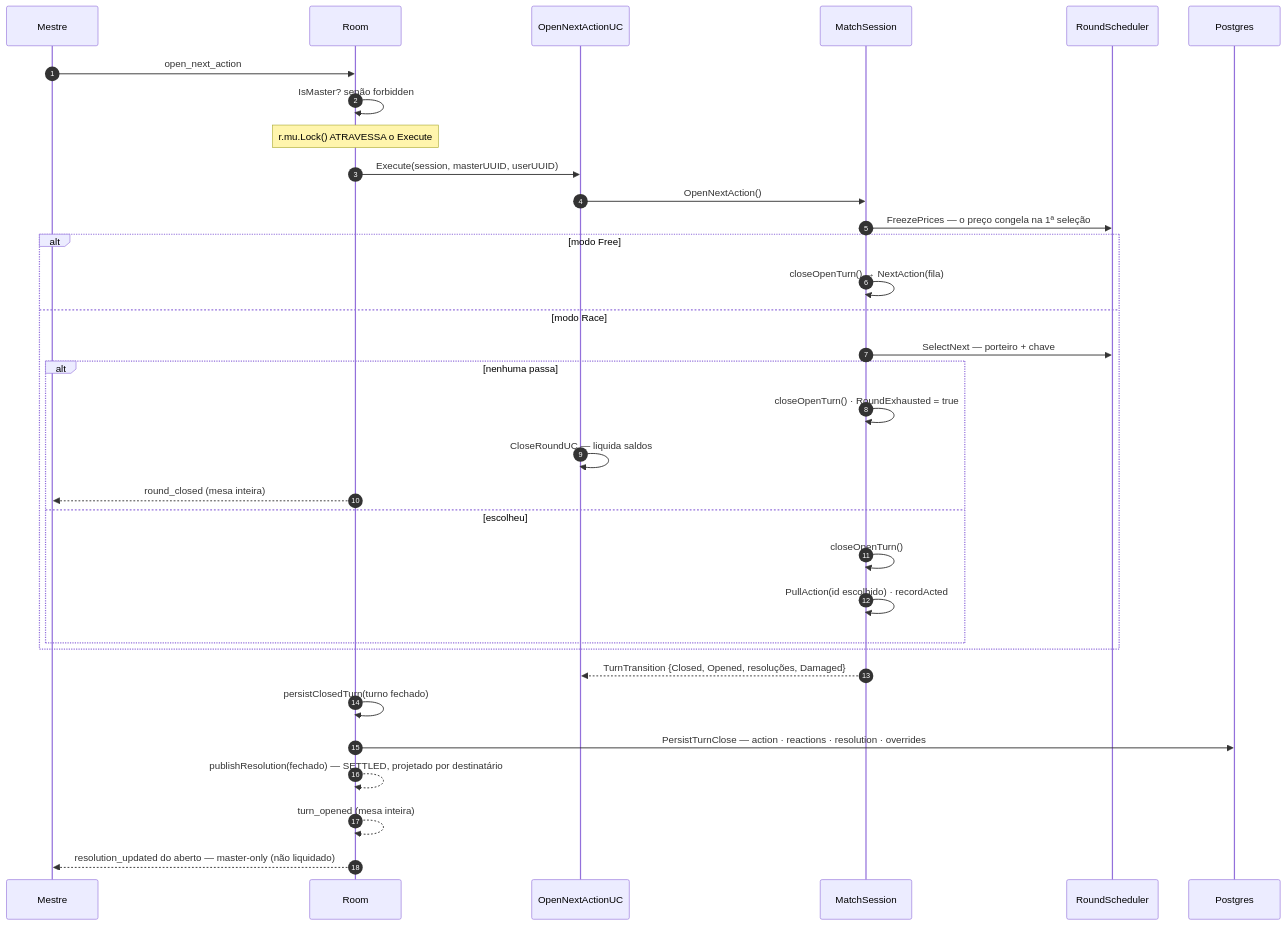
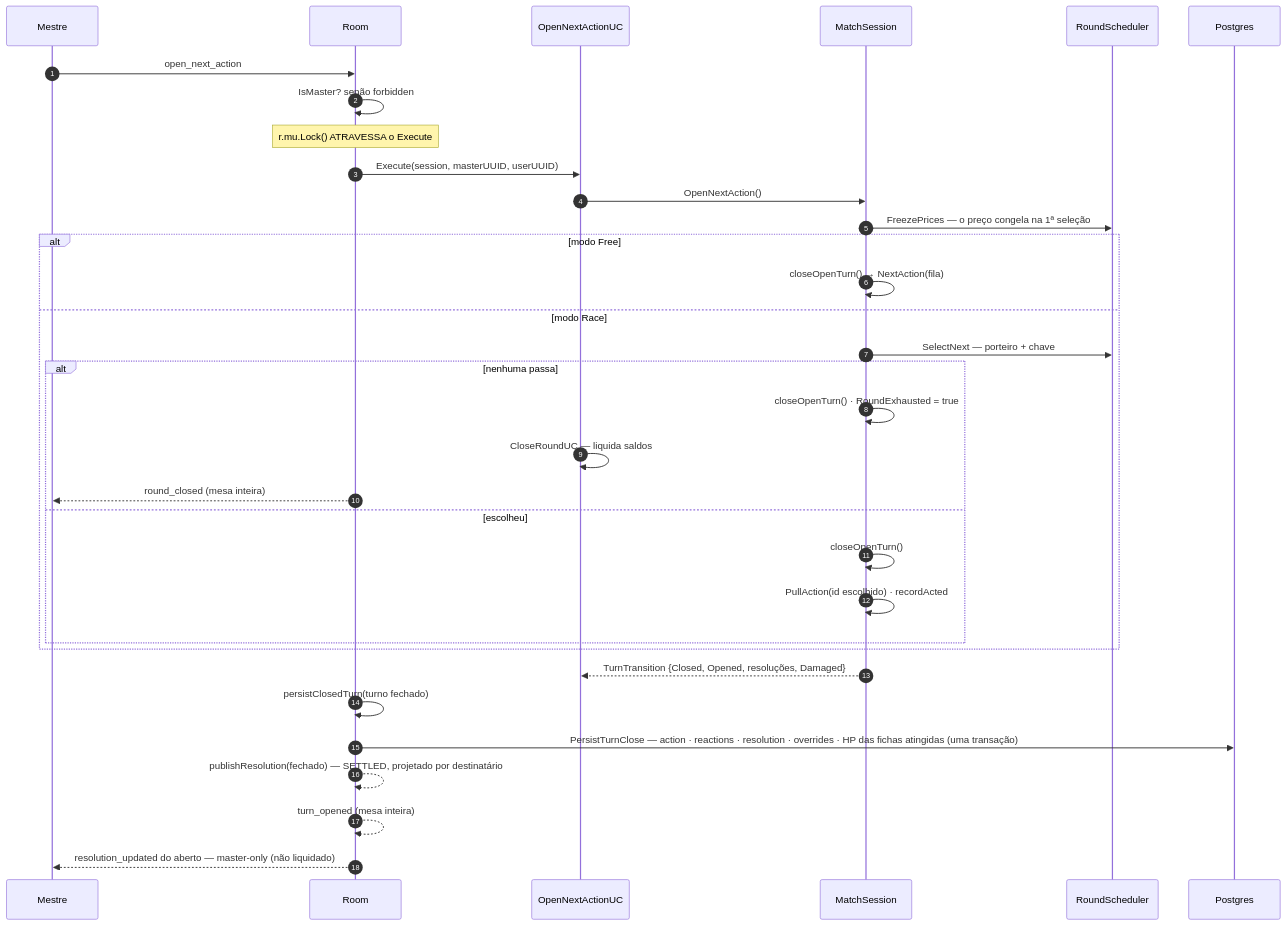
One commit to 422UR4H/HxH_RPG_System changed the third of 7 diagrams in docs/dev/match/flows/03-fluxo-de-acao.md. Above: the diagram before and after it, drawn with Mermaid. The commit also changed other lines of this file and 32 other files, not shown here.

````diff
--- a/docs/dev/match/flows/03-fluxo-de-acao.md
+++ b/docs/dev/match/flows/03-fluxo-de-acao.md
@@ -105,36 +105,36 @@
 ```mermaid
 sequenceDiagram
     autonumber
     participant M as Mestre
     participant R as Room
     participant UC as OpenNextActionUC
     participant S as MatchSession
     participant SCH as RoundScheduler
     participant DB as Postgres
 
     M->>R: open_next_action
     R->>R: IsMaster? senão forbidden
     Note over R: r.mu.Lock() ATRAVESSA o Execute
     R->>UC: Execute(session, masterUUID, userUUID)
     UC->>S: OpenNextAction()
     S->>SCH: FreezePrices — o preço congela na 1ª seleção
     alt modo Free
         S->>S: closeOpenTurn() → NextAction(fila)
     else modo Race
         S->>SCH: SelectNext — porteiro + chave
         alt nenhuma passa
             S->>S: closeOpenTurn() · RoundExhausted = true
             UC->>UC: CloseRoundUC — liquida saldos
             R-->>M: round_closed (mesa inteira)
         else escolheu
             S->>S: closeOpenTurn()
             S->>S: PullAction(id escolhido) · recordActed
         end
     end
     S-->>UC: TurnTransition {Closed, Opened, resoluções, Damaged}
     R->>R: persistClosedTurn(turno fechado)
-    R->>DB: PersistTurnClose — action · reactions · resolution · overrides
+    R->>DB: PersistTurnClose — action · reactions · resolution · overrides · HP das fichas atingidas (uma transação)
     R-->>R: publishResolution(fechado) — SETTLED, projetado por destinatário
     R-->>R: turn_opened (mesa inteira)
     R-->>M: resolution_updated do aberto — master-only (não liquidado)
 ```
````
